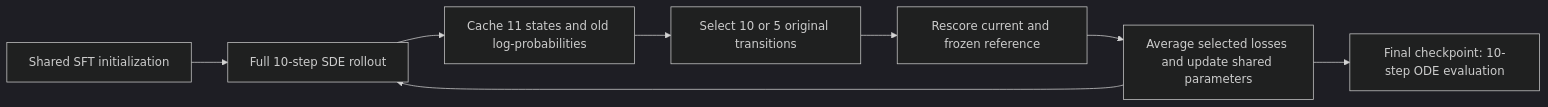
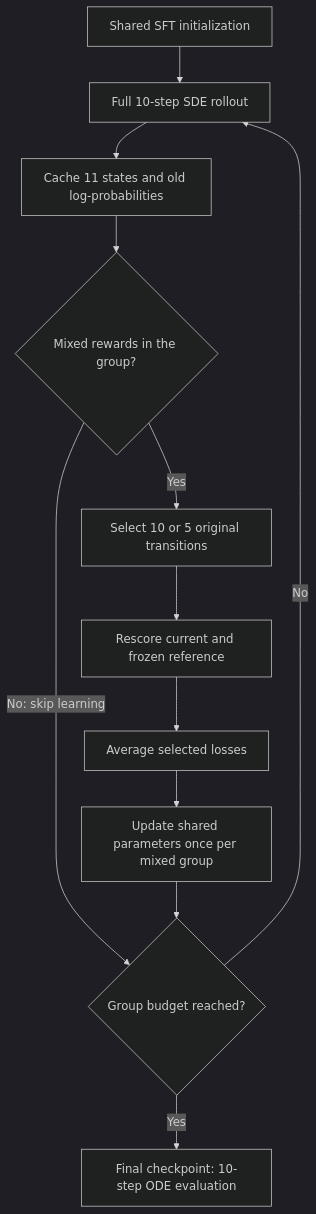
One commit to ChengruiHan/FlowSift changed the diagram in README.md. Above: the diagram before and after it, drawn with Mermaid (dark theme). The commit also changed 2 other files, not shown here.

Commit message:
Fix GitHub math rendering and clarify training flow

````diff
--- a/README.md
+++ b/README.md
@@ -53,10 +53,14 @@
 ```mermaid
-flowchart LR
+flowchart TD
     A[Shared SFT initialization] --> B[Full 10-step SDE rollout]
     B --> C[Cache 11 states and old log-probabilities]
-    C --> D[Select 10 or 5 original transitions]
+    C --> J{Mixed rewards in the group?}
+    J -->|Yes| D[Select 10 or 5 original transitions]
+    J -->|No: skip learning| H
     D --> E[Rescore current and frozen reference]
-    E --> F[Average selected losses and update shared parameters]
-    F --> B
-    F --> G[Final checkpoint: 10-step ODE evaluation]
+    E --> F[Average selected losses]
+    F --> G[Update shared parameters once per mixed group]
+    G --> H{Group budget reached?}
+    H -->|No| B
+    H -->|Yes| I[Final checkpoint: 10-step ODE evaluation]
 ```
````
